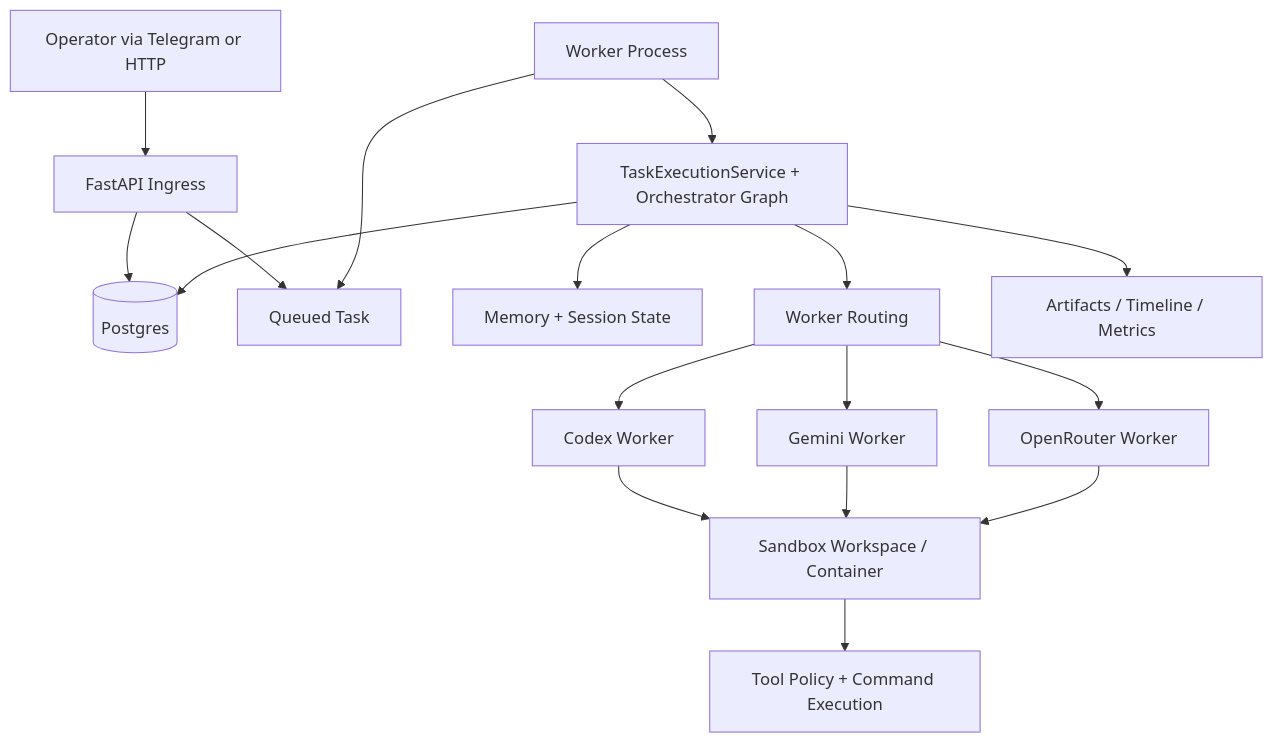
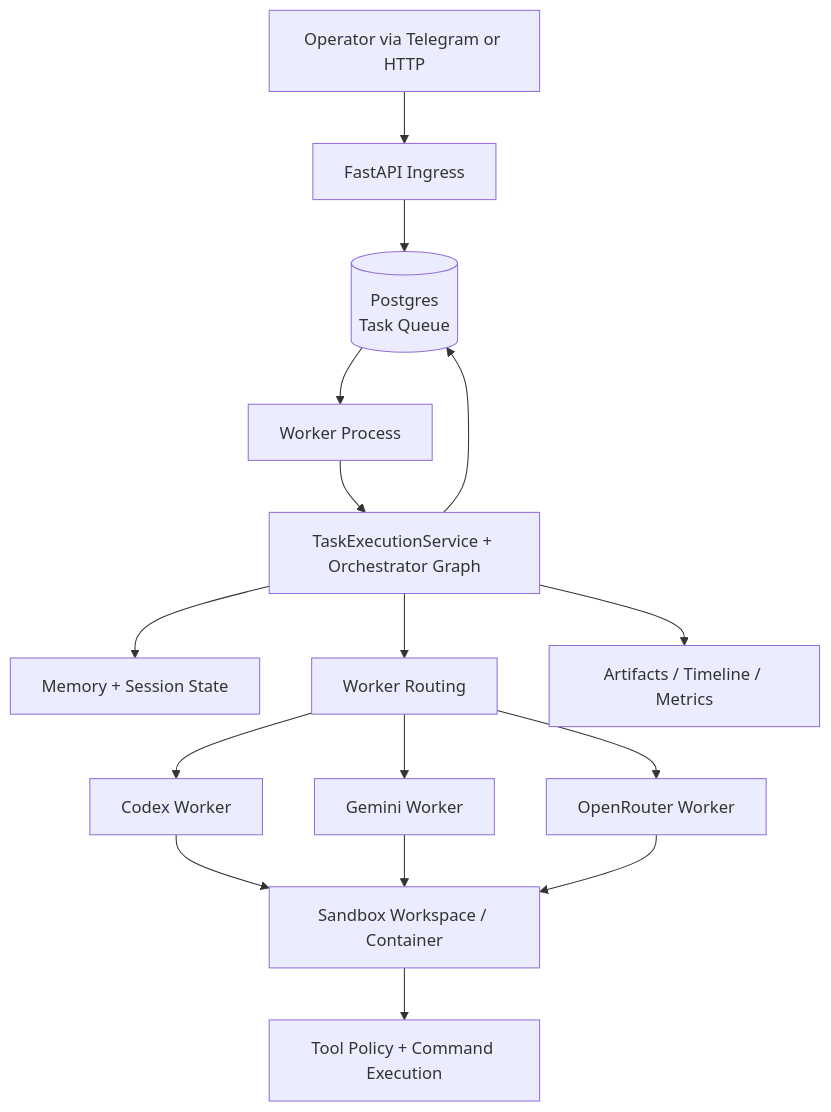
One commit to natanayalo/code-agent changed the diagram in docs/architecture.md. Above: the diagram before and after it, drawn with Mermaid. The commit also changed 1 other file, not shown here.

Commit message:
docs: standardize verification commands and simplify architecture diagram

````diff
--- a/docs/architecture.md
+++ b/docs/architecture.md
@@ -127,23 +127,22 @@
 ```mermaid
 flowchart TD
     U[Operator via Telegram or HTTP] --> API[FastAPI Ingress]
-    API --> DB[(Postgres)]
-    API --> Q[Queued Task]
+    API --> DB[(Postgres<br/>Task Queue)]
 
-    W[Worker Process] --> Q
+    DB --> W[Worker Process]
     W --> ORCH[TaskExecutionService + Orchestrator Graph]
     ORCH --> MEM[Memory + Session State]
     ORCH --> ROUTE[Worker Routing]
 
     ROUTE --> CW[Codex Worker]
     ROUTE --> GW[Gemini Worker]
     ROUTE --> OW[OpenRouter Worker]
 
     CW --> SB[Sandbox Workspace / Container]
     GW --> SB
     OW --> SB
 
     SB --> TOOLS[Tool Policy + Command Execution]
     ORCH --> ART[Artifacts / Timeline / Metrics]
     ORCH --> DB
 ```
````
